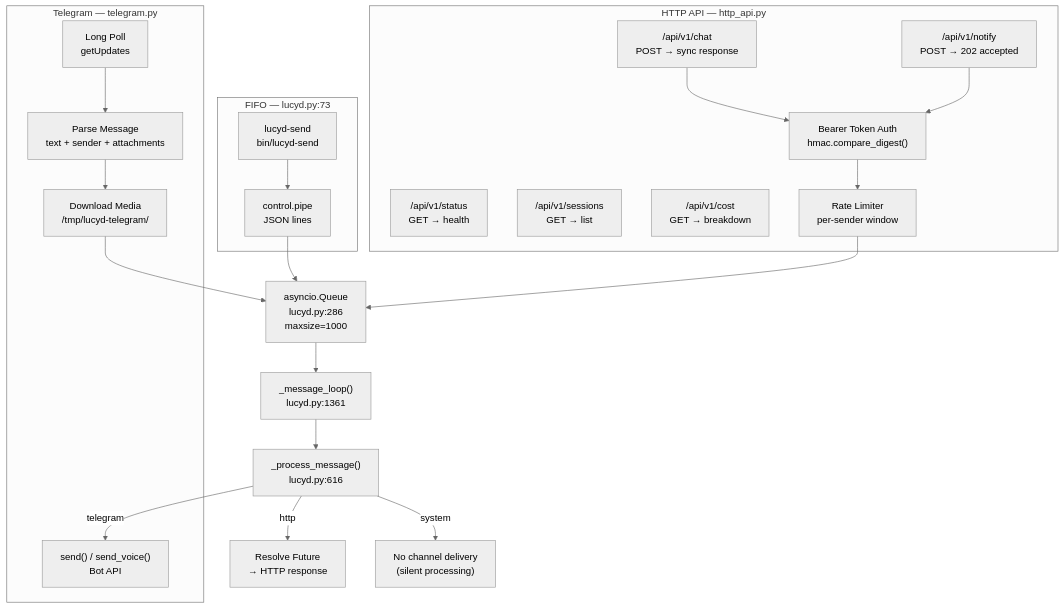
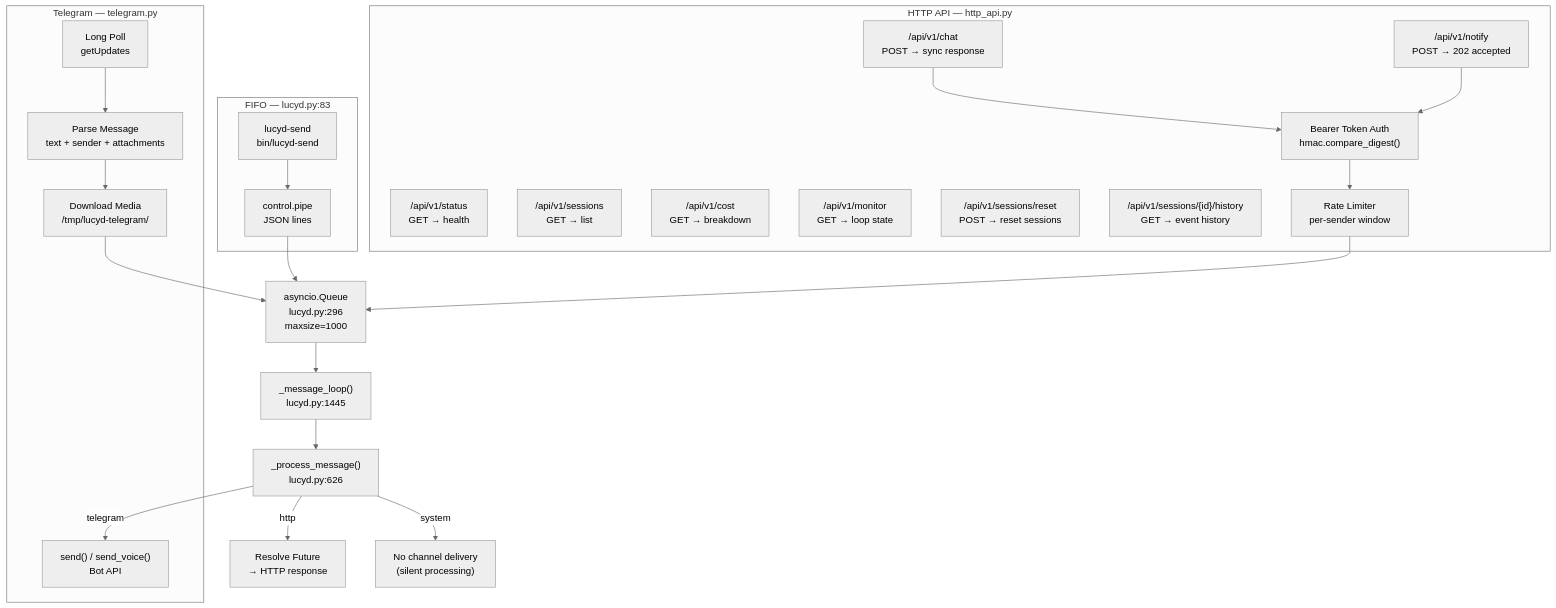
One commit to nicolasforstinger/lucyd changed the eighth of 8 diagrams in docs/diagrams.md. Above: the diagram before and after it, drawn with Mermaid (neutral theme). The commit also changed other lines of this file, not shown here.

Commit message:
docs: sync diagrams with cycle 9 line numbers and new HTTP endpoints

````diff
--- a/docs/diagrams.md
+++ b/docs/diagrams.md
@@ -315,39 +315,42 @@
 ```mermaid
 flowchart TD
     subgraph Telegram["Telegram — telegram.py"]
         POLL["Long Poll<br/>getUpdates"]
         PARSE["Parse Message<br/>text + sender + attachments"]
         DL["Download Media<br/>/tmp/lucyd-telegram/"]
         SEND_TG["send() / send_voice()<br/>Bot API"]
     end
 
     subgraph HTTP["HTTP API — http_api.py"]
         CHAT["/api/v1/chat<br/>POST → sync response"]
         NOTIFY["/api/v1/notify<br/>POST → 202 accepted"]
         STATUS["/api/v1/status<br/>GET → health"]
         SESSIONS_EP["/api/v1/sessions<br/>GET → list"]
         COST_EP["/api/v1/cost<br/>GET → breakdown"]
+        MONITOR_EP["/api/v1/monitor<br/>GET → loop state"]
+        RESET_EP["/api/v1/sessions/reset<br/>POST → reset sessions"]
+        HISTORY_EP["/api/v1/sessions/{id}/history<br/>GET → event history"]
         AUTH["Bearer Token Auth<br/>hmac.compare_digest()"]
         RATE["Rate Limiter<br/>per-sender window"]
     end
 
-    subgraph CLI["FIFO — lucyd.py:73"]
+    subgraph CLI["FIFO — lucyd.py:83"]
         PIPE["control.pipe<br/>JSON lines"]
         SEND_CLI["lucyd-send<br/>bin/lucyd-send"]
     end
 
-    Q["asyncio.Queue<br/>lucyd.py:286<br/>maxsize=1000"]
+    Q["asyncio.Queue<br/>lucyd.py:296<br/>maxsize=1000"]
 
     POLL --> PARSE --> DL --> Q
     SEND_CLI --> PIPE --> Q
     CHAT --> AUTH
     NOTIFY --> AUTH
     AUTH --> RATE --> Q
 
-    Q --> LOOP["_message_loop()<br/>lucyd.py:1361"]
-    LOOP --> PROCESS["_process_message()<br/>lucyd.py:616"]
+    Q --> LOOP["_message_loop()<br/>lucyd.py:1445"]
+    LOOP --> PROCESS["_process_message()<br/>lucyd.py:626"]
 
     PROCESS -->|telegram| SEND_TG
     PROCESS -->|http| FUTURE["Resolve Future<br/>→ HTTP response"]
     PROCESS -->|system| SUPPRESS["No channel delivery<br/>(silent processing)"]
 ```
````
